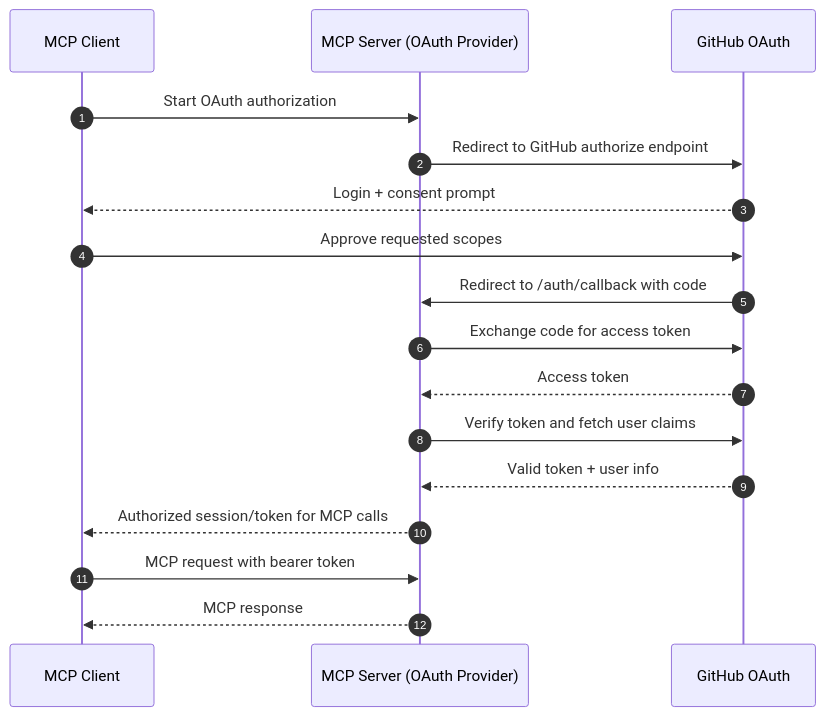
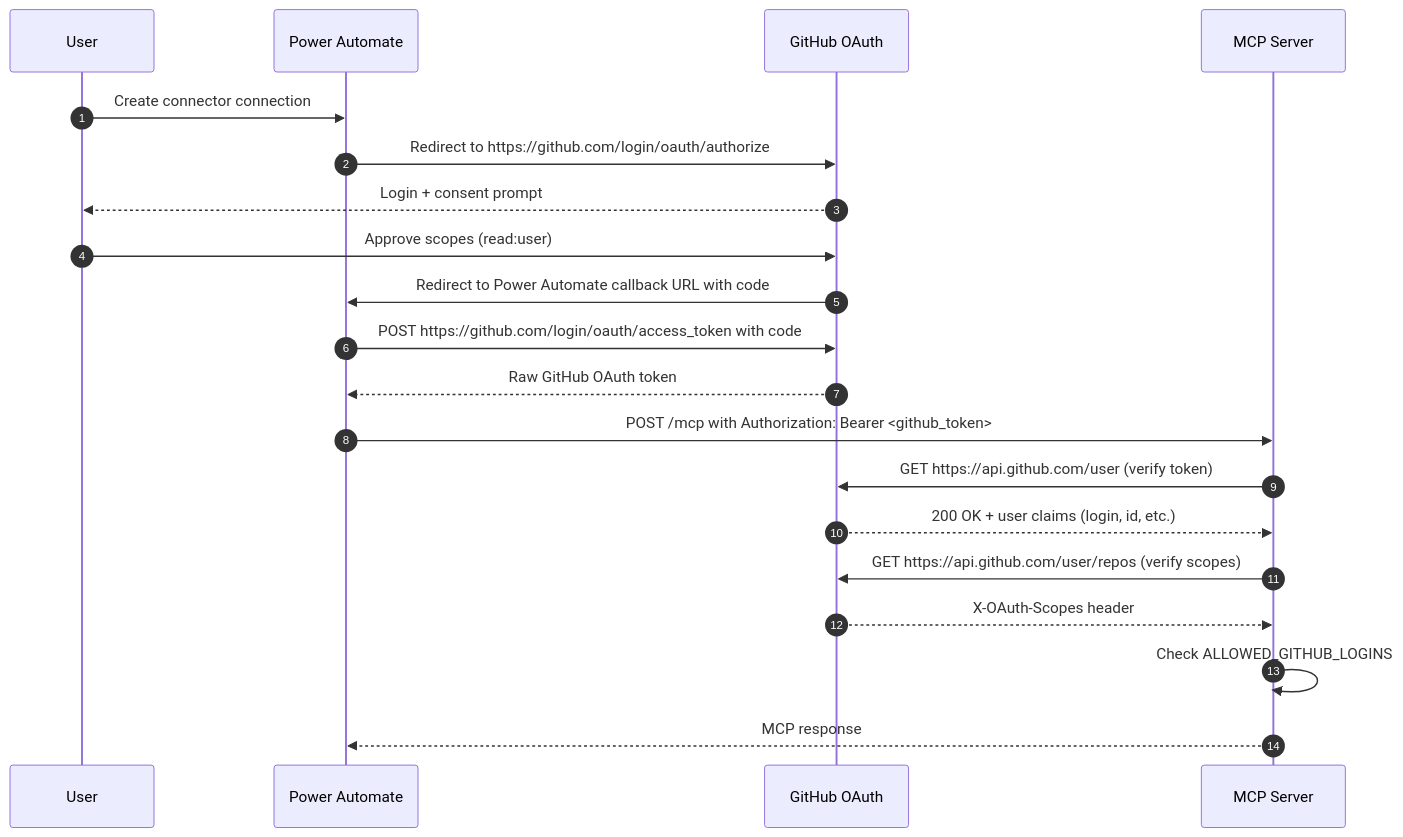
One commit to lqdflying/githubmcp changed the second of 2 diagrams in docs/oauth-callback-workflows.md. Above: the diagram before and after it, drawn with Mermaid. The commit also changed other lines of this file and 1 other file, not shown here.

First line of the commit message:
Add raw GitHub token fallback and update OAuth workflow docs

````diff
--- a/docs/oauth-callback-workflows.md
+++ b/docs/oauth-callback-workflows.md
@@ -46,20 +86,23 @@
 ```mermaid
 sequenceDiagram
     autonumber
-    participant C as MCP Client
-    participant MCP as MCP Server (OAuth Provider)
+    participant U as User
+    participant PA as Power Automate
     participant GH as GitHub OAuth
+    participant MCP as MCP Server
 
-    C->>MCP: Start OAuth authorization
-    MCP->>GH: Redirect to GitHub authorize endpoint
-    GH-->>C: Login + consent prompt
-    C->>GH: Approve requested scopes
-    GH->>MCP: Redirect to /auth/callback with code
-    MCP->>GH: Exchange code for access token
-    GH-->>MCP: Access token
-    MCP->>GH: Verify token and fetch user claims
-    GH-->>MCP: Valid token + user info
-    MCP-->>C: Authorized session/token for MCP calls
-    C->>MCP: MCP request with bearer token
-    MCP-->>C: MCP response
+    U->>PA: Create connector connection
+    PA->>GH: Redirect to https://github.com/login/oauth/authorize
+    GH-->>U: Login + consent prompt
+    U->>GH: Approve scopes (read:user)
+    GH->>PA: Redirect to Power Automate callback URL with code
+    PA->>GH: POST https://github.com/login/oauth/access_token with code
+    GH-->>PA: Raw GitHub OAuth token
+    PA->>MCP: POST /mcp with Authorization: Bearer <github_token>
+    MCP->>GH: GET https://api.github.com/user (verify token)
+    GH-->>MCP: 200 OK + user claims (login, id, etc.)
+    MCP->>GH: GET https://api.github.com/user/repos (verify scopes)
+    GH-->>MCP: X-OAuth-Scopes header
+    MCP->>MCP: Check ALLOWED_GITHUB_LOGINS
+    MCP-->>PA: MCP response
 ```
````
